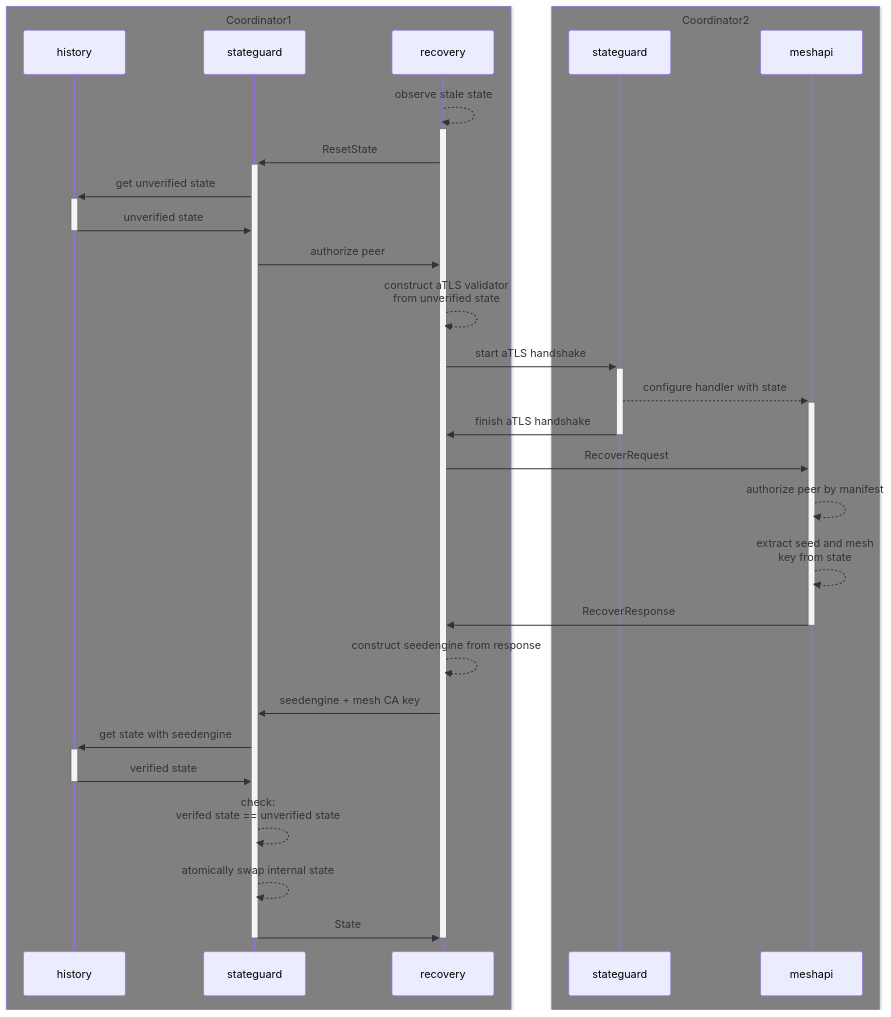
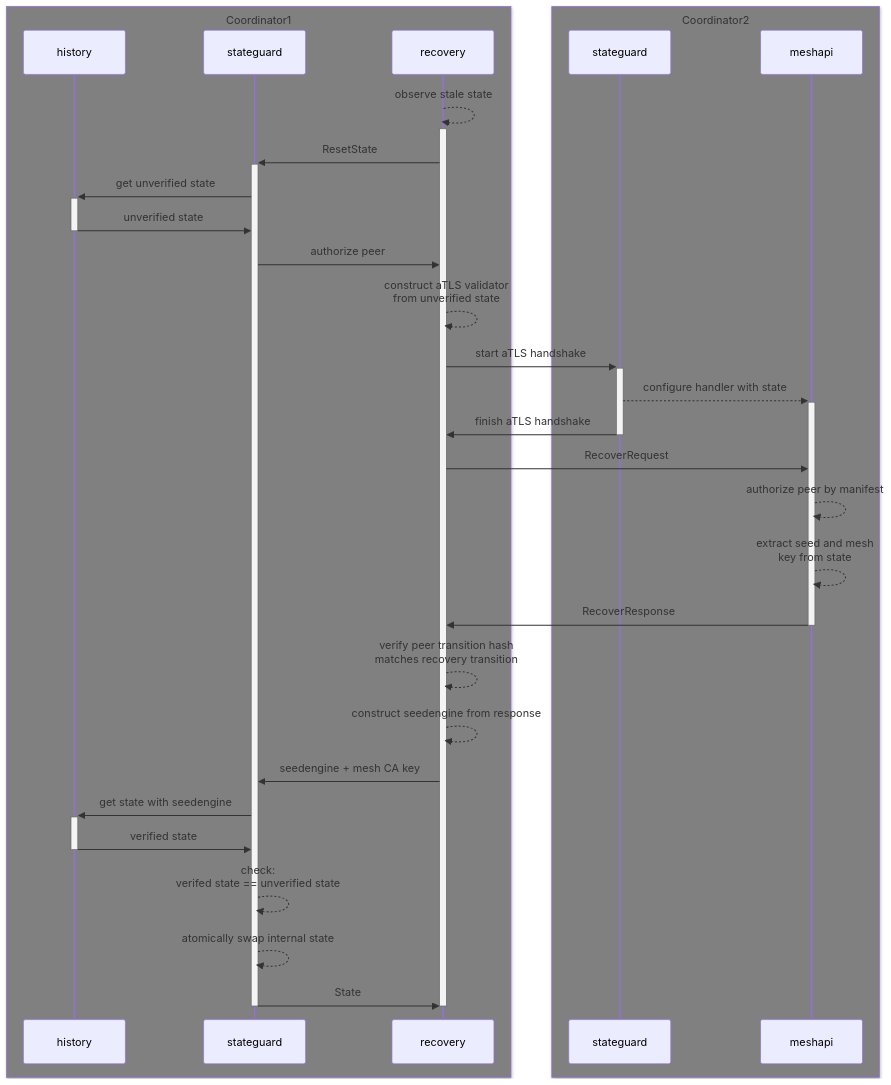
The second of 2 diagrams in coordinator/internal/meshapi/README.md (edgelesssys/contrast), drawn with Mermaid before and after one commit. The commit also changed 10 other files, not shown here.

First line of the commit message:
coordinator: bind peer recovery to transition

````diff
--- a/coordinator/internal/meshapi/README.md
+++ b/coordinator/internal/meshapi/README.md
@@ -32,40 +32,41 @@
 ```mermaid
 sequenceDiagram
     box Grey Coordinator1
         participant history1 as history
         participant stateguard1 as stateguard
         participant recovery1 as recovery
     end
 
     box Grey Coordinator2
         participant stateguard2 as stateguard
         participant meshapi2 as meshapi
     end
 
     # activate recovery1
     recovery1-->>+recovery1: observe stale state
 
     recovery1->>+stateguard1: ResetState
     stateguard1->>+history1: get unverified state
     history1->>-stateguard1: unverified state
     stateguard1->>recovery1: authorize peer
 
     recovery1-->>recovery1: construct aTLS validator<br/>from unverified state
     recovery1->>+stateguard2: start aTLS handshake
     stateguard2-->>+meshapi2: configure handler with state
     stateguard2->>-recovery1: finish aTLS handshake
 
     recovery1->>meshapi2: RecoverRequest
     meshapi2-->>meshapi2: authorize peer by manifest
     meshapi2-->>meshapi2: extract seed and mesh<br/>key from state
     meshapi2->>-recovery1: RecoverResponse
 
+    recovery1-->>recovery1: verify peer transition hash<br/>matches recovery transition
     recovery1-->>recovery1: construct seedengine from response
     recovery1->>stateguard1: seedengine + mesh CA key
     stateguard1->>+history1: get state with seedengine
     history1->>-stateguard1: verified state
     stateguard1-->>stateguard1: check:<br/>verifed state == unverified state
     stateguard1-->>stateguard1: atomically swap internal state
     stateguard1->>-recovery1: State
     deactivate recovery1
 ```
````
